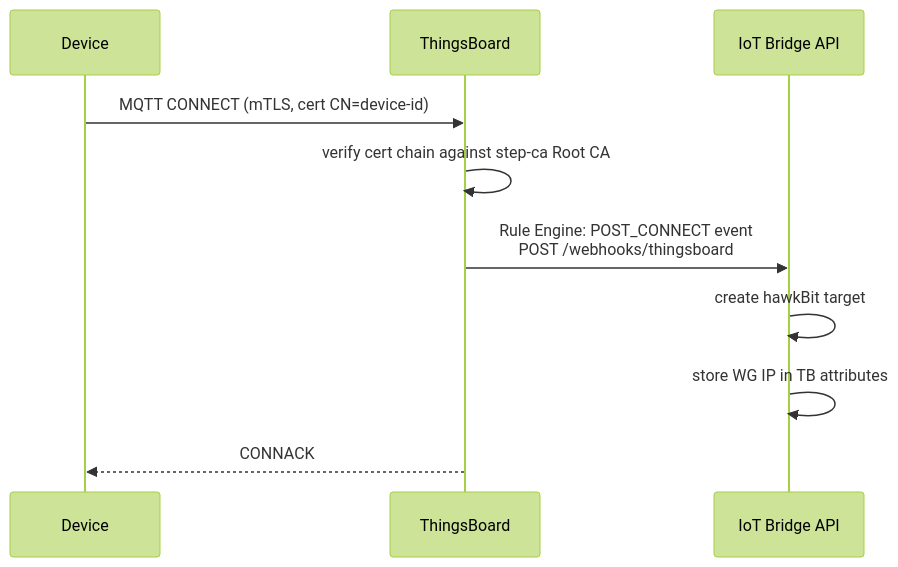
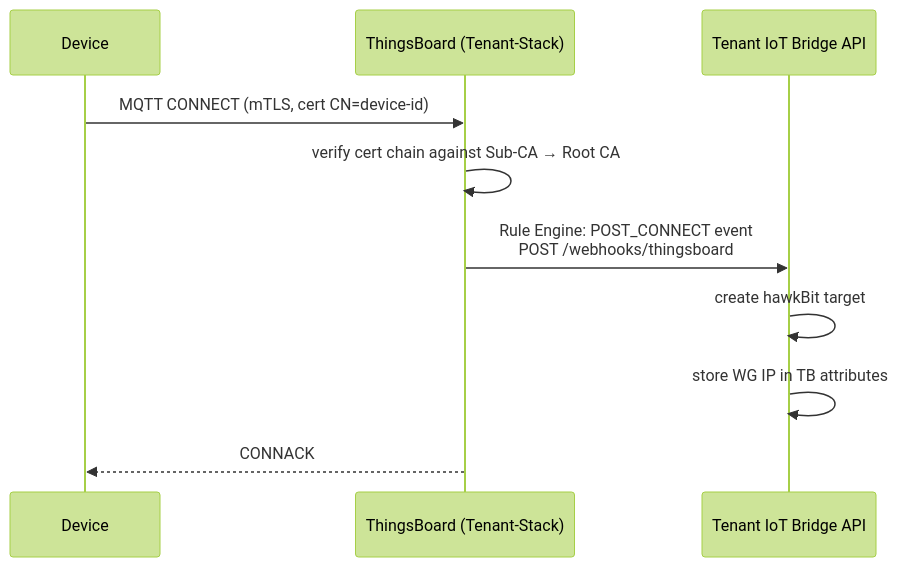
The second of 3 diagrams in docs/workflows/device-provisioning.md (the78mole/complete-device-management), drawn with Mermaid (forest theme) before and after one commit. The commit also changed other lines of this file and 49 other files, not shown here.

Commit message:
Complete Architecture Redesign - Phase 1.5 Documentation and Phase 2

````diff
--- a/docs/workflows/device-provisioning.md
+++ b/docs/workflows/device-provisioning.md
@@ -45,13 +50,13 @@
 ```mermaid
 sequenceDiagram
     participant D as Device
-    participant T as ThingsBoard
-    participant I as IoT Bridge API
+    participant T as ThingsBoard (Tenant-Stack)
+    participant I as Tenant IoT Bridge API
 
     D->>T: MQTT CONNECT (mTLS, cert CN=device-id)
-    T->>T: verify cert chain against step-ca Root CA
+    T->>T: verify cert chain against Sub-CA → Root CA
     T->>I: Rule Engine: POST_CONNECT event<br/>POST /webhooks/thingsboard
     I->>I: create hawkBit target
     I->>I: store WG IP in TB attributes
     T-->>D: CONNACK
 ```
````
